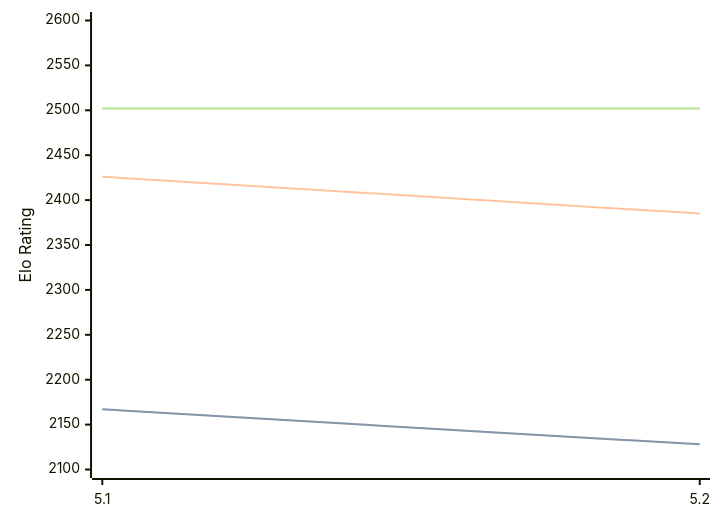
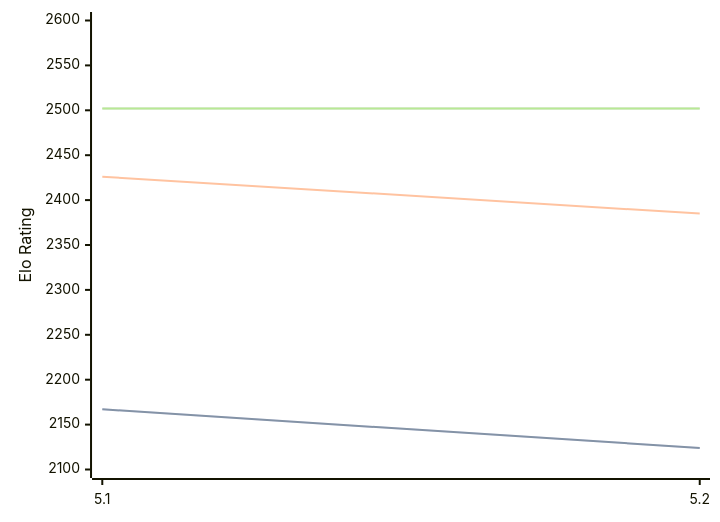
Before and after one commit to computer-chess-index/cci: the diagram in engines/Prophet.md, drawn with Mermaid. The commit also changed other lines of this file, not shown here.

````diff
--- a/engines/Prophet.md
+++ b/engines/Prophet.md
@@ -32,11 +32,11 @@
 ```mermaid
 %%{init: {"theme":"base","themeVariables":{"seriesColors:['#a3a3a3','#222221','#faa371']}}}%%
 xychart-beta
   x-axis ["5.1", "5.2"]
   y-axis "Elo Rating" 2100 --> 2600
-  line "" [2167, 2128]
-  line "STC (8.0+0.08s)" [2167, 2128]
+  line "" [2167, 2124]
+  line "STC (8.0+0.08s)" [2167, 2124]
   line "LTC (60.0+0.60s)" [2426, 2385]
   line "" [2502, 2502]
   line "VLTC (2m24s+1.12s)" [2502, 2502]
 ```
````
